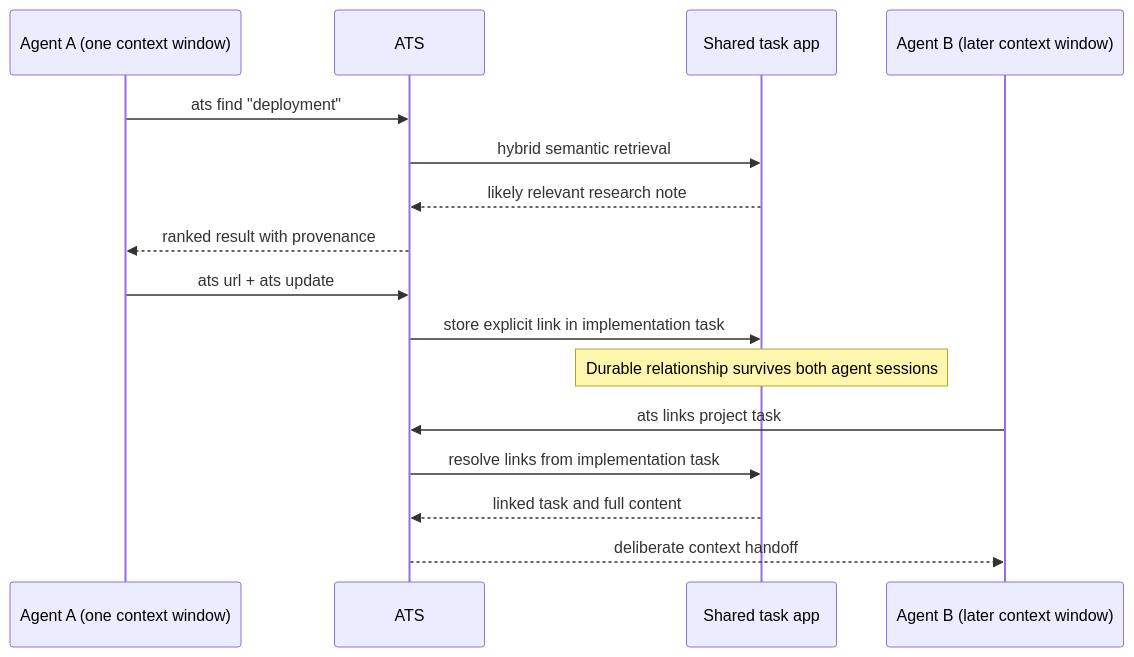
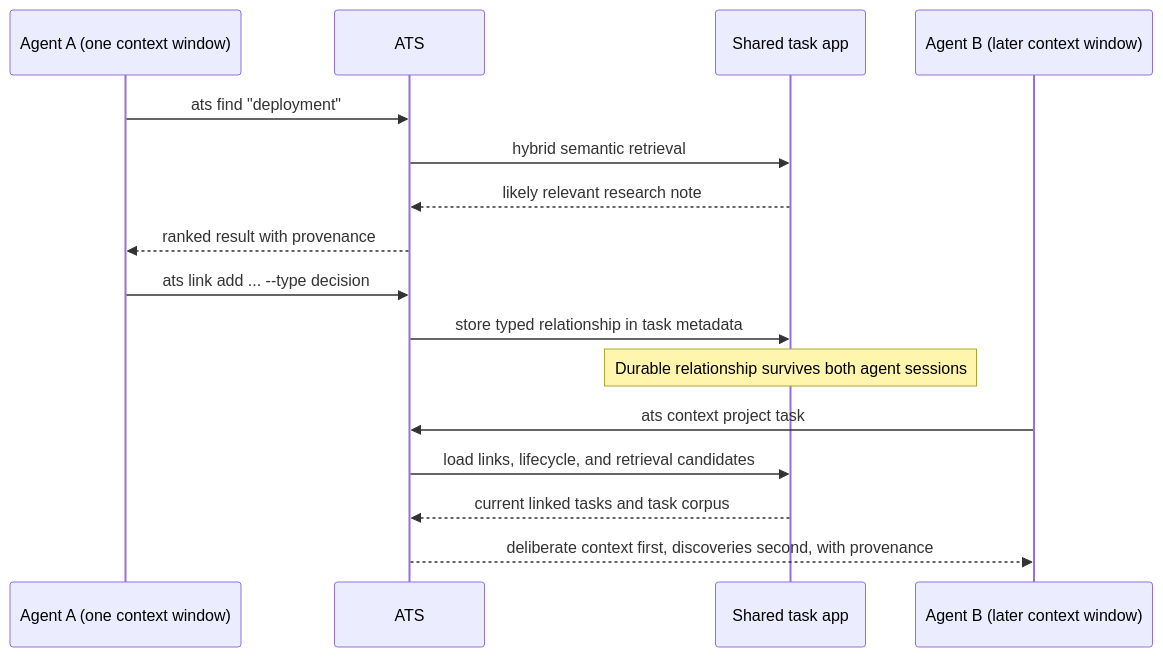
Before and after one commit to renezander030/agentic-task-system: the second of 2 diagrams in README.md, drawn with Mermaid. The commit also changed other lines of this file and 24 other files, not shown here.

````diff
--- a/README.md
+++ b/README.md
@@ -80,18 +80,18 @@
 ```mermaid
 sequenceDiagram
     participant A as Agent A (one context window)
     participant ATS
     participant T as Shared task app
     participant B as Agent B (later context window)
     A->>ATS: ats find "deployment"
     ATS->>T: hybrid semantic retrieval
     T-->>ATS: likely relevant research note
     ATS-->>A: ranked result with provenance
-    A->>ATS: ats url + ats update
-    ATS->>T: store explicit link in implementation task
+    A->>ATS: ats link add ... --type decision
+    ATS->>T: store typed relationship in task metadata
     Note over T: Durable relationship survives both agent sessions
-    B->>ATS: ats links project task
-    ATS->>T: resolve links from implementation task
-    T-->>ATS: linked task and full content
-    ATS-->>B: deliberate context handoff
+    B->>ATS: ats context project task
+    ATS->>T: load links, lifecycle, and retrieval candidates
+    T-->>ATS: current linked tasks and task corpus
+    ATS-->>B: deliberate context first, discoveries second, with provenance
 ```
````
